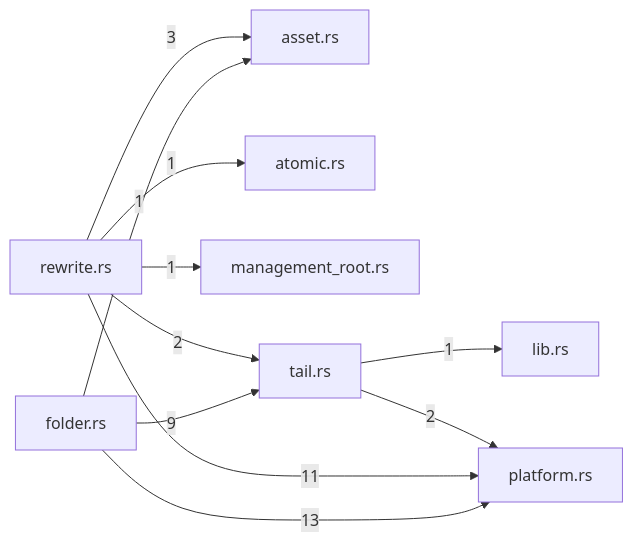
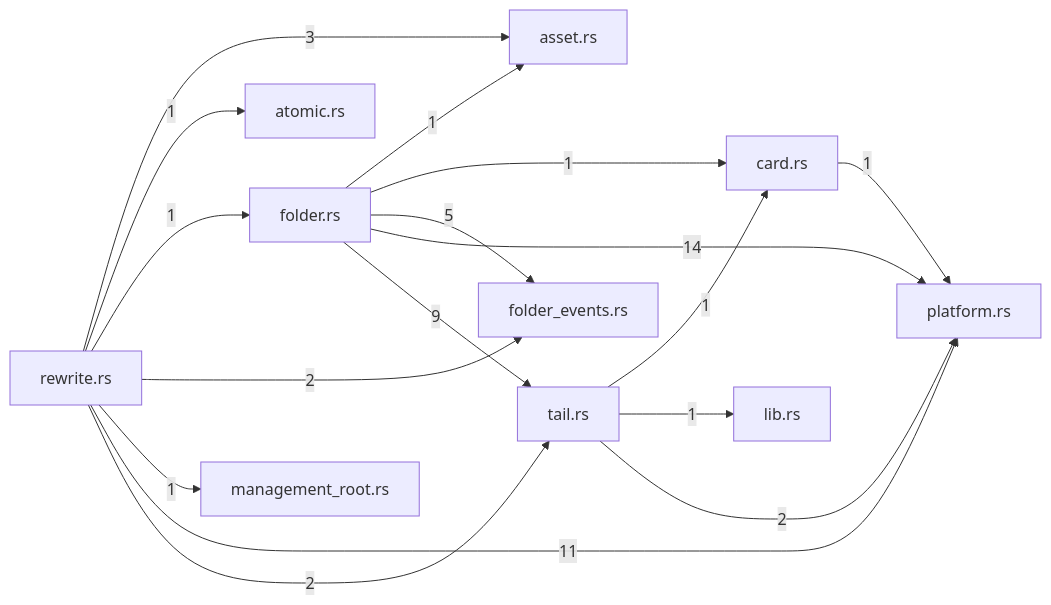
The diagram in crates/store/docs/generated/index.md (TekesApps/TekesKernel), drawn with Mermaid before and after one commit. The commit also changed other lines of this file and 72 other files, not shown here.

First line of the commit message:
docs(arch): regenerate the architecture atlas for lazy boot (G-BOOT-1 S6b)

````diff
--- a/crates/store/docs/generated/index.md
+++ b/crates/store/docs/generated/index.md
@@ -39,21 +43,29 @@
 ```mermaid
 flowchart LR
   m0["asset.rs"]
   m1["atomic.rs"]
-  m2["folder.rs"]
-  m3["lib.rs"]
-  m4["management_root.rs"]
-  m5["platform.rs"]
-  m6["rewrite.rs"]
-  m7["tail.rs"]
-  m2 -->|"1"| m0
-  m2 -->|"13"| m5
-  m2 -->|"9"| m7
-  m6 -->|"3"| m0
-  m6 -->|"1"| m1
-  m6 -->|"1"| m4
-  m6 -->|"11"| m5
-  m6 -->|"2"| m7
-  m7 -->|"1"| m3
-  m7 -->|"2"| m5
+  m2["card.rs"]
+  m3["folder.rs"]
+  m4["folder_events.rs"]
+  m5["lib.rs"]
+  m6["management_root.rs"]
+  m7["platform.rs"]
+  m8["rewrite.rs"]
+  m9["tail.rs"]
+  m2 -->|"1"| m7
+  m3 -->|"1"| m0
+  m3 -->|"1"| m2
+  m3 -->|"5"| m4
+  m3 -->|"14"| m7
+  m3 -->|"9"| m9
+  m8 -->|"3"| m0
+  m8 -->|"1"| m1
+  m8 -->|"1"| m3
+  m8 -->|"2"| m4
+  m8 -->|"1"| m6
+  m8 -->|"11"| m7
+  m8 -->|"2"| m9
+  m9 -->|"1"| m2
+  m9 -->|"1"| m5
+  m9 -->|"2"| m7
 ```
````
